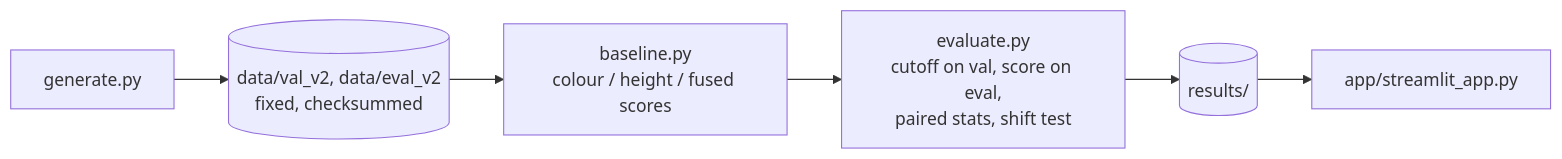
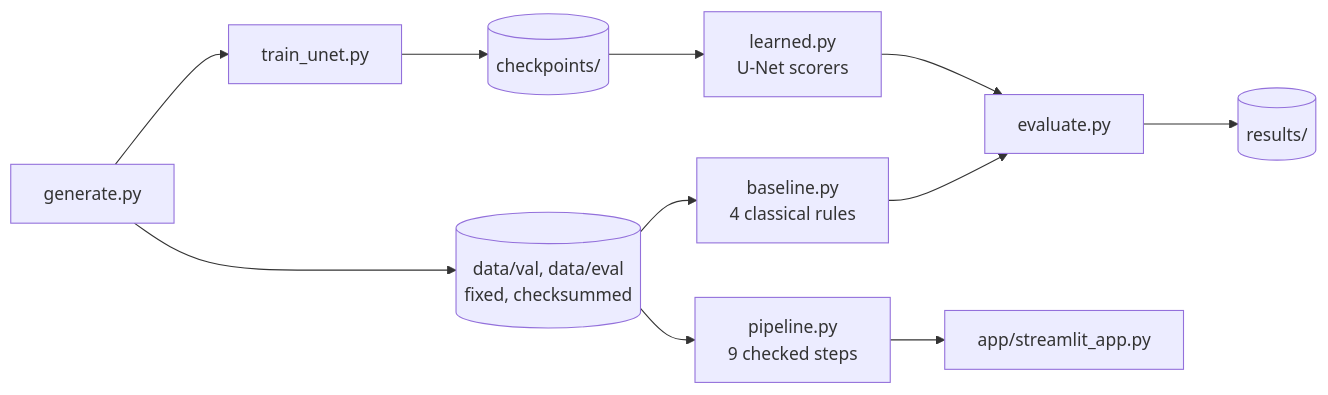
Before and after one commit to amananand97/craquelure-fusion: the diagram in README.md, drawn with Mermaid. The commit also changed other lines of this file and 2 other files, not shown here.

````diff
--- a/README.md
+++ b/README.md
@@ -32,8 +41,11 @@
 ```mermaid
 flowchart LR
-  G[generate.py] --> D[(data/val_v2, data/eval_v2<br/>fixed, checksummed)]
-  D --> M[baseline.py<br/>colour / height / fused scores]
-  M --> E[evaluate.py<br/>cutoff on val, score on eval,<br/>paired stats, shift test]
+  G[generate.py] --> D[(data/val, data/eval<br/>fixed, checksummed)]
+  G --> T[train_unet.py] --> C[(checkpoints/)]
+  D --> B[baseline.py<br/>4 classical rules]
+  C --> L[learned.py<br/>U-Net scorers]
+  B --> E[evaluate.py]
+  L --> E
   E --> R[(results/)]
-  R --> A[app/streamlit_app.py]
+  D --> P[pipeline.py<br/>9 checked steps] --> A[app/streamlit_app.py]
 ```
````
